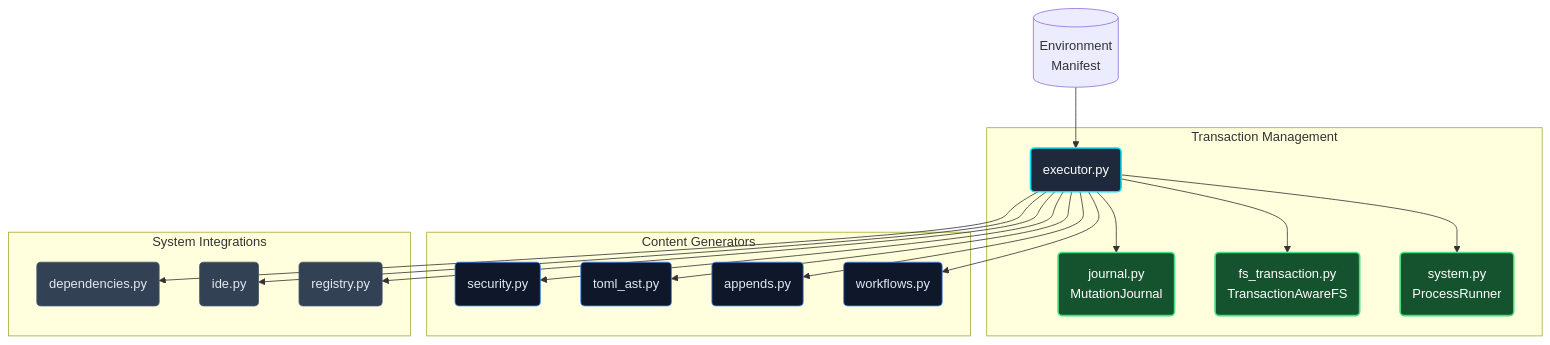
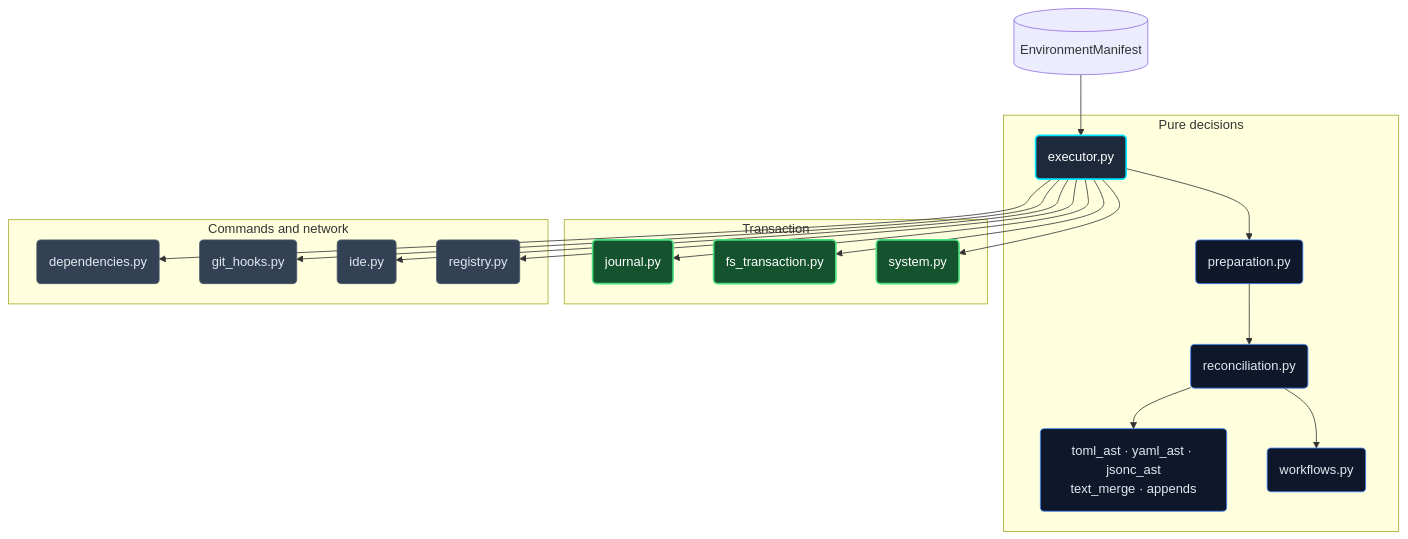
The diagram in docs/mechanics/executor.md (JacksonFergusonDev/protostar), drawn with Mermaid before and after one commit. The commit also changed other lines of this file and 7 other files, not shown here.

````diff
--- a/docs/mechanics/executor.md
+++ b/docs/mechanics/executor.md
@@ -13,28 +13,29 @@
 ```mermaid
 flowchart TD
+    classDef coordinator fill:#1e293b,stroke:#00e5ff,stroke-width:2px,color:#fff;
     classDef pure fill:#0f172a,stroke:#3b82f6,stroke-width:1px,color:#e2e8f0;
+    classDef transaction fill:#14532d,stroke:#4ade80,stroke-width:2px,color:#fff;
     classDef stateful fill:#334155,stroke:#475569,stroke-width:1px,color:#e2e8f0;
-    classDef coordinator fill:#1e293b,stroke:#00e5ff,stroke-width:2px,color:#fff;
-    classDef transaction fill:#14532d,stroke:#4ade80,stroke-width:2px,color:#fff;
 
-    M[(Environment\nManifest)] --> E(executor.py):::coordinator
+    M[(EnvironmentManifest)] --> E(executor.py):::coordinator
 
-    subgraph Transaction Management
-        E --> J(journal.py\nMutationJournal):::transaction
-        E --> FS(fs_transaction.py\nTransactionAwareFS):::transaction
-        E --> P(system.py\nProcessRunner):::transaction
+    subgraph Decisions ["Pure decisions"]
+        E --> PR(preparation.py):::pure
+        PR --> RC(reconciliation.py):::pure
+        RC --> F(toml_ast · yaml_ast · jsonc_ast<br/>text_merge · appends):::pure
+        RC --> G(workflows.py):::pure
     end
 
-    subgraph Content Generators
-        E --> S(security.py):::pure
-        E --> T(toml_ast.py):::pure
-        E --> A(appends.py):::pure
-        E --> W(workflows.py):::pure
+    subgraph Transaction ["Transaction"]
+        E --> J(journal.py):::transaction
+        E --> FS(fs_transaction.py):::transaction
+        E --> P(system.py):::transaction
     end
 
-    subgraph System Integrations
+    subgraph Integrations ["Commands and network"]
         E --> D(dependencies.py):::stateful
+        E --> H(git_hooks.py):::stateful
         E --> I(ide.py):::stateful
         E --> R(registry.py):::stateful
     end
 ```
````
